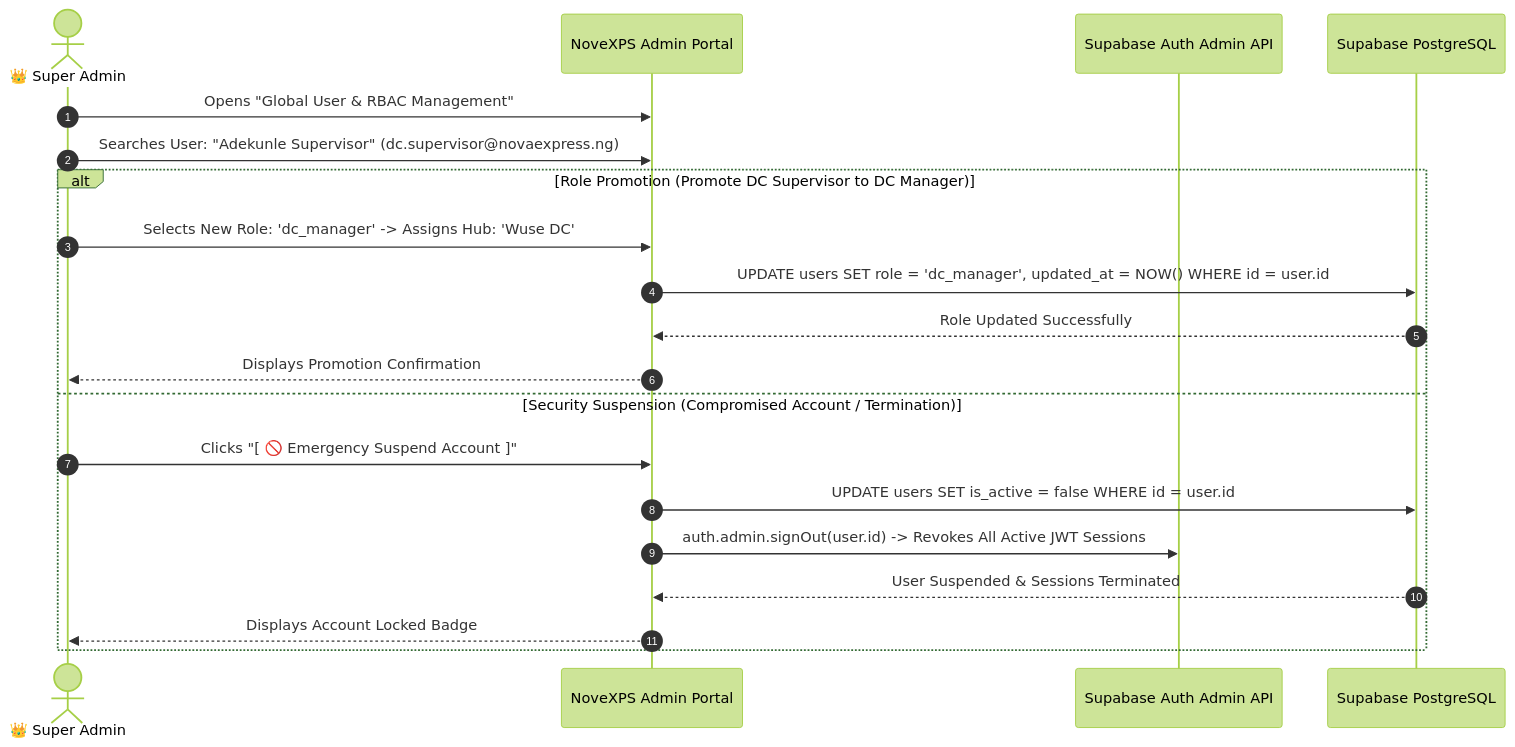
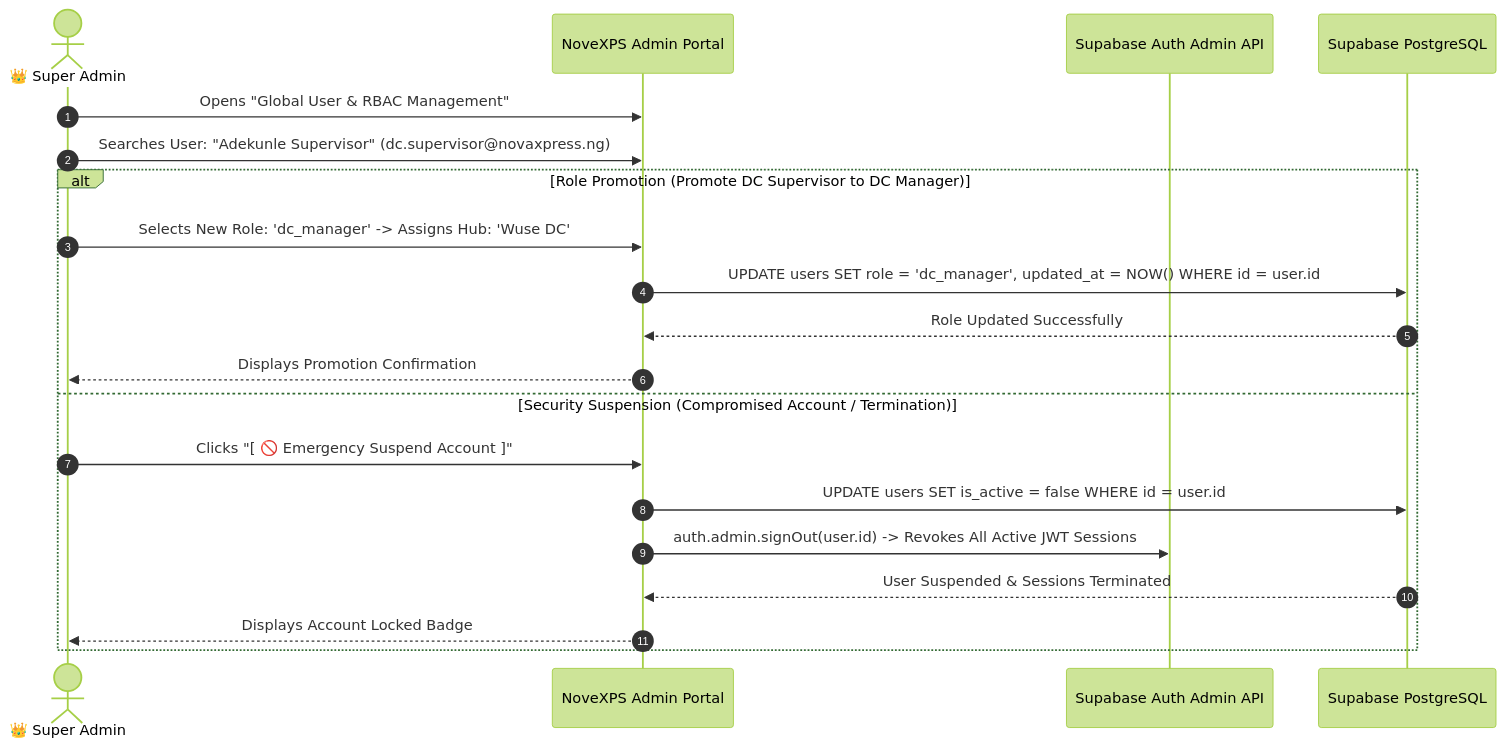
Before and after one commit to odufu/novaexpress: the diagram in DOCUMENTATION/ADMIN/WORKFLOW/03_GLOBAL_RBAC_AND_USER_LIFECYCLE_WORKFLOW.md, drawn with Mermaid (forest theme). The commit also changed other lines of this file and 181 other files, not shown here.

````diff
--- a/DOCUMENTATION/ADMIN/WORKFLOW/03_GLOBAL_RBAC_AND_USER_LIFECYCLE_WORKFLOW.md
+++ b/DOCUMENTATION/ADMIN/WORKFLOW/03_GLOBAL_RBAC_AND_USER_LIFECYCLE_WORKFLOW.md
@@ -17,24 +17,24 @@
 ```mermaid
 sequenceDiagram
     autonumber
     actor Admin as 👑 Super Admin
     participant Portal as NoveXPS Admin Portal
     participant Auth as Supabase Auth Admin API
     participant DB as Supabase PostgreSQL
 
     Admin->>Portal: Opens "Global User & RBAC Management"
-    Admin->>Portal: Searches User: "Adekunle Supervisor" (dc.supervisor@novaexpress.ng)
+    Admin->>Portal: Searches User: "Adekunle Supervisor" (dc.supervisor@novaxpress.ng)
     
     alt Role Promotion (Promote DC Supervisor to DC Manager)
         Admin->>Portal: Selects New Role: 'dc_manager' -> Assigns Hub: 'Wuse DC'
         Portal->>DB: UPDATE users SET role = 'dc_manager', updated_at = NOW() WHERE id = user.id
         DB-->>Portal: Role Updated Successfully
         Portal-->>Admin: Displays Promotion Confirmation
     else Security Suspension (Compromised Account / Termination)
         Admin->>Portal: Clicks "[ 🚫 Emergency Suspend Account ]"
         Portal->>DB: UPDATE users SET is_active = false WHERE id = user.id
         Portal->>Auth: auth.admin.signOut(user.id) -> Revokes All Active JWT Sessions
         DB-->>Portal: User Suspended & Sessions Terminated
         Portal-->>Admin: Displays Account Locked Badge
     end
 ```
````
